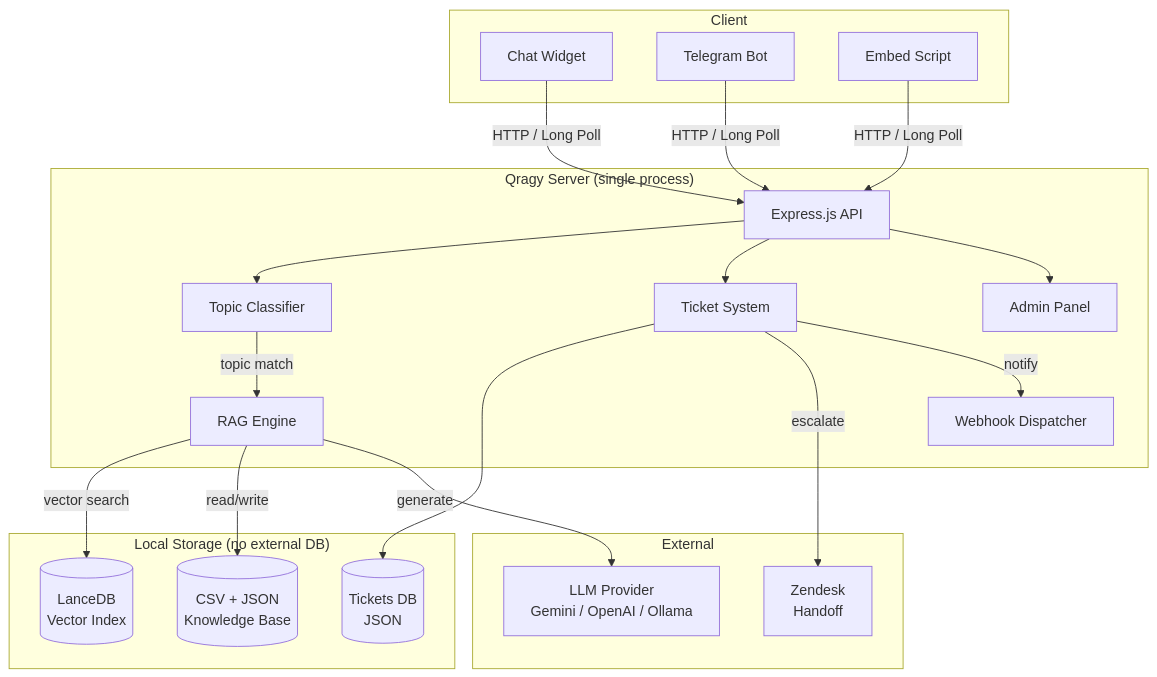
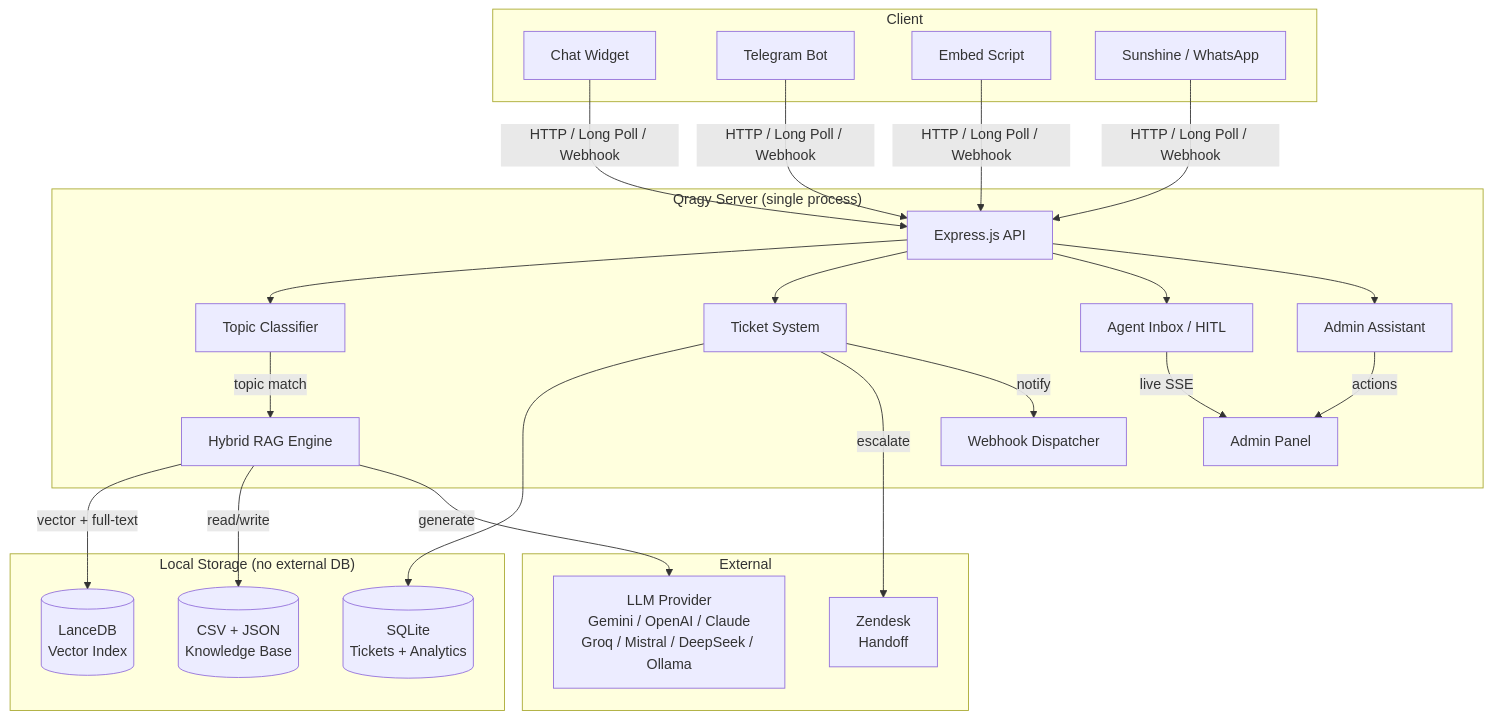
One commit to mahsumaktas/qragy changed the diagram in README.md. Above: the diagram before and after it, drawn with Mermaid. The commit also changed other lines of this file and 2 other files, not shown here.

First line of the commit message:
docs: update README, CHANGELOG, and package.json for v2.1.0

````diff
--- a/README.md
+++ b/README.md
@@ -113,38 +123,42 @@
 ```mermaid
 graph TB
     subgraph Client
         CW[Chat Widget]
         TG[Telegram Bot]
         EMB[Embed Script]
+        SC[Sunshine / WhatsApp]
     end
 
     subgraph "Qragy Server (single process)"
         EXP[Express.js API]
         TC[Topic Classifier]
-        RAG[RAG Engine]
+        RAG[Hybrid RAG Engine]
+        HITL[Agent Inbox / HITL]
+        AST[Admin Assistant]
         TKT[Ticket System]
         ADM[Admin Panel]
         WH[Webhook Dispatcher]
     end
 
     subgraph Storage["Local Storage (no external DB)"]
         LDB[(LanceDB<br/>Vector Index)]
+        SQL[(SQLite<br/>Tickets + Analytics)]
         CSV[(CSV + JSON<br/>Knowledge Base)]
-        TDB[(Tickets DB<br/>JSON)]
     end
 
     subgraph External
-        LLM[LLM Provider<br/>Gemini / OpenAI / Ollama]
+        LLM[LLM Provider<br/>Gemini / OpenAI / Claude<br/>Groq / Mistral / DeepSeek / Ollama]
         ZD[Zendesk<br/>Handoff]
     end
 
-    CW & TG & EMB -->|HTTP / Long Poll| EXP
+    CW & TG & EMB & SC -->|HTTP / Long Poll / Webhook| EXP
     EXP --> TC -->|topic match| RAG
-    RAG -->|vector search| LDB
+    RAG -->|vector + full-text| LDB
     RAG -->|read/write| CSV
     RAG -->|generate| LLM
-    EXP --> TKT --> TDB
+    EXP --> TKT --> SQL
+    EXP --> HITL -->|live SSE| ADM
     TKT -->|escalate| ZD
     TKT -->|notify| WH
-    EXP --> ADM
+    EXP --> AST -->|actions| ADM
 ```
````
